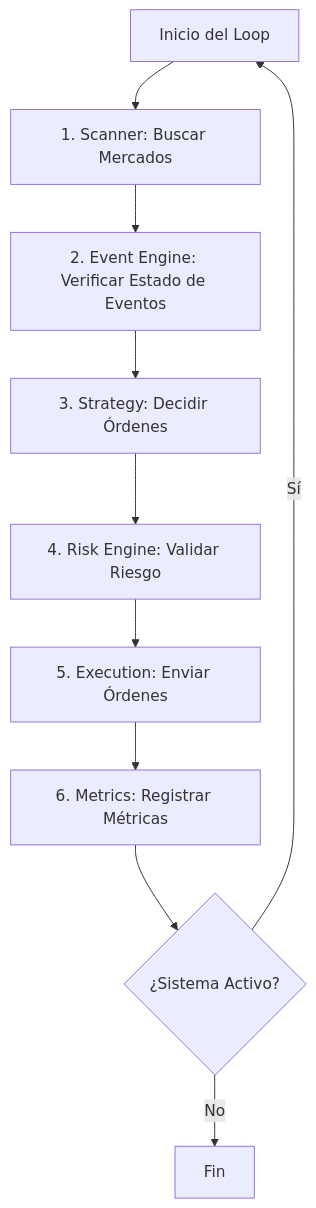
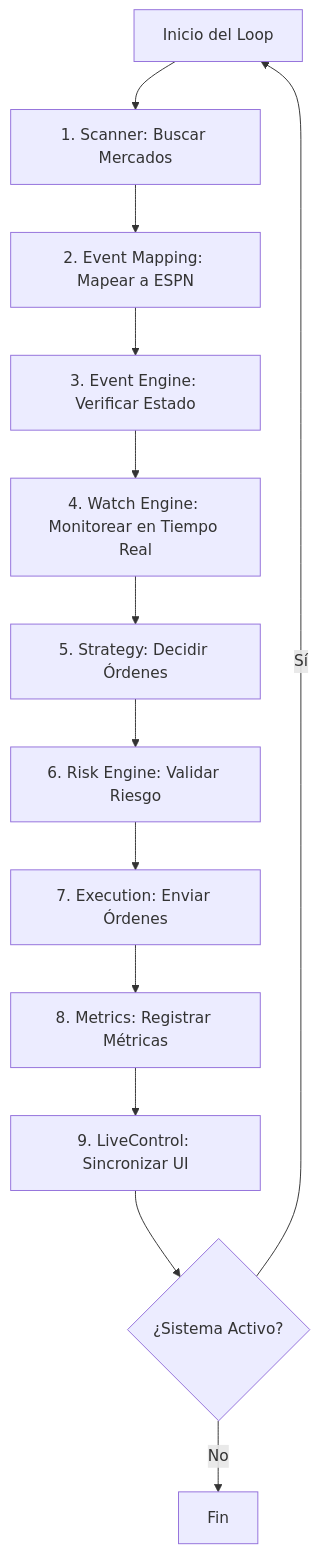
One commit to AntoineBejarano/poly_liquidity changed the first of 10 diagrams in docs/algoritmo_backend.md. Above: the diagram before and after it, drawn with Mermaid. The commit also changed other lines of this file and 16 other files, not shown here.

````diff
--- a/docs/algoritmo_backend.md
+++ b/docs/algoritmo_backend.md
@@ -13,12 +39,15 @@
 ```mermaid
 graph TD
     A[Inicio del Loop] --> B[1. Scanner: Buscar Mercados]
-    B --> C[2. Event Engine: Verificar Estado de Eventos]
-    C --> D[3. Strategy: Decidir Órdenes]
-    D --> E[4. Risk Engine: Validar Riesgo]
-    E --> F[5. Execution: Enviar Órdenes]
-    F --> G[6. Metrics: Registrar Métricas]
-    G --> H{¿Sistema Activo?}
-    H -->|Sí| A
-    H -->|No| I[Fin]
+    B --> C[2. Event Mapping: Mapear a ESPN]
+    C --> D[3. Event Engine: Verificar Estado]
+    D --> E[4. Watch Engine: Monitorear en Tiempo Real]
+    E --> F[5. Strategy: Decidir Órdenes]
+    F --> G[6. Risk Engine: Validar Riesgo]
+    G --> H[7. Execution: Enviar Órdenes]
+    H --> I[8. Metrics: Registrar Métricas]
+    I --> J[9. LiveControl: Sincronizar UI]
+    J --> K{¿Sistema Activo?}
+    K -->|Sí| A
+    K -->|No| L[Fin]
 ```
````
